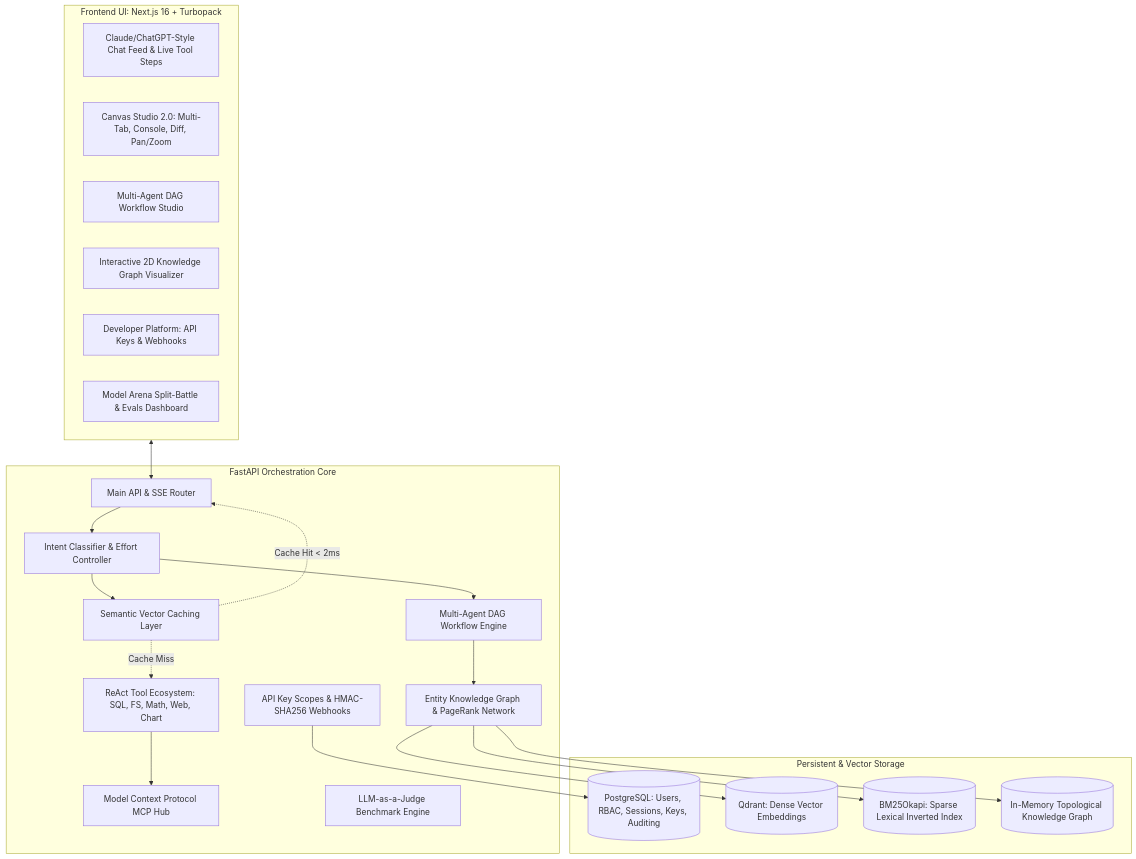
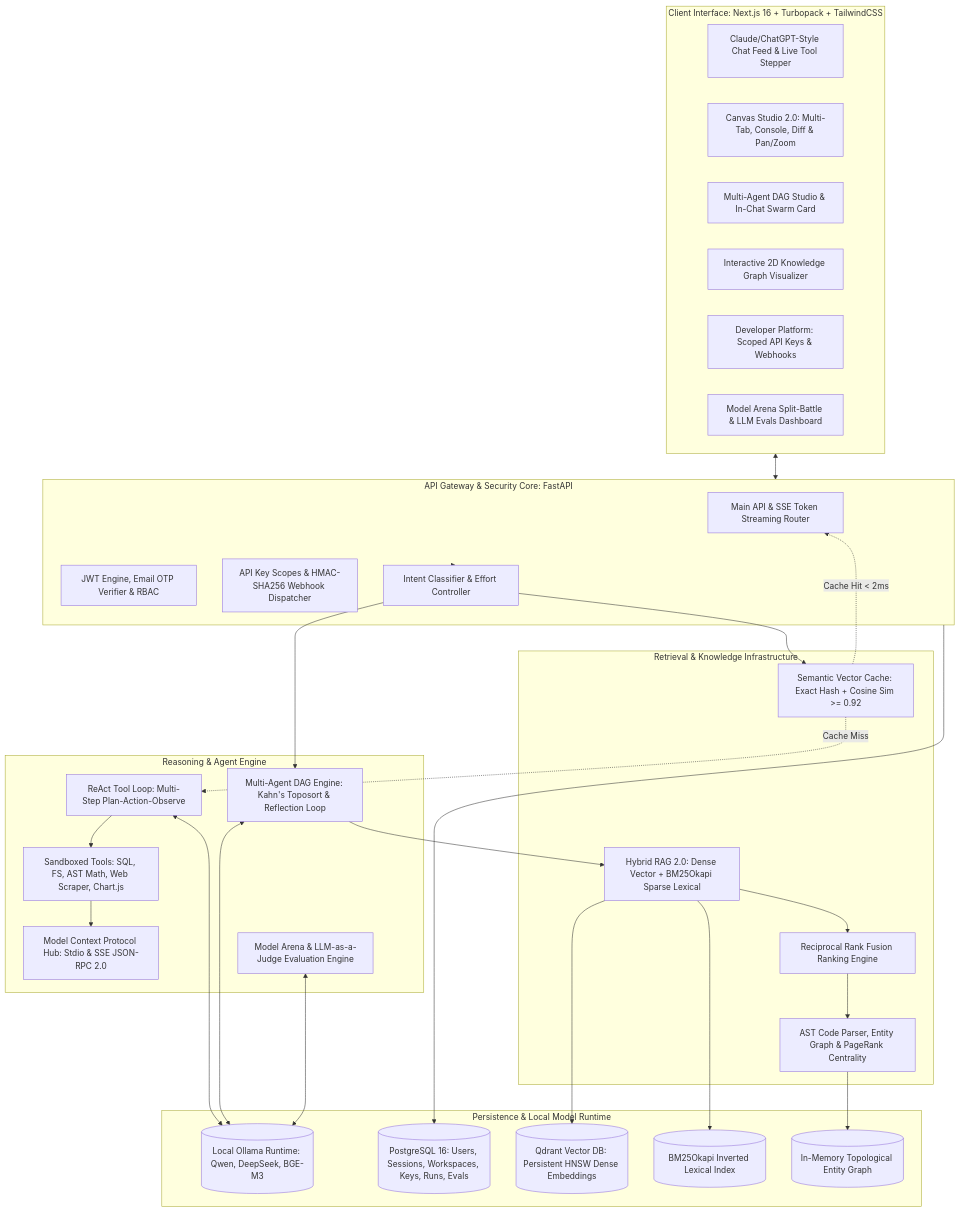
One commit to Bhagya-178/ai-orchestrator changed the diagram in README.md. Above: the diagram before and after it, drawn with Mermaid. The commit also changed other lines of this file and 1 other file, not shown here.

````diff
--- a/README.md
+++ b/README.md
@@ -29,43 +54,60 @@
 ```mermaid
 graph TB
-    subgraph Client [Frontend UI: Next.js 16 + Turbopack]
-        Chat[Claude/ChatGPT-Style Chat Feed & Live Tool Steps]
-        Canvas[Canvas Studio 2.0: Multi-Tab, Console, Diff, Pan/Zoom]
-        AgentStudio[Multi-Agent DAG Workflow Studio]
-        GraphExplorer[Interactive 2D Knowledge Graph Visualizer]
-        DevPortal[Developer Platform: API Keys & Webhooks]
-        ArenaUI[Model Arena Split-Battle & Evals Dashboard]
+    subgraph ClientLayer [Client Interface: Next.js 16 + Turbopack + TailwindCSS]
+        ChatUI[Claude/ChatGPT-Style Chat Feed & Live Tool Stepper]
+        CanvasStudio[Canvas Studio 2.0: Multi-Tab, Console, Diff & Pan/Zoom]
+        AgentStudio[Multi-Agent DAG Studio & In-Chat Swarm Card]
+        GraphVisualizer[Interactive 2D Knowledge Graph Visualizer]
+        DevPortal[Developer Platform: Scoped API Keys & Webhooks]
+        ArenaUI[Model Arena Split-Battle & LLM Evals Dashboard]
     end
 
-    subgraph BackendCore [FastAPI Orchestration Core]
-        Router[Main API & SSE Router]
+    subgraph GatewayLayer [API Gateway & Security Core: FastAPI]
+        Router[Main API & SSE Token Streaming Router]
+        AuthEngine[JWT Engine, Email OTP Verifier & RBAC]
+        DevAuth[API Key Scopes & HMAC-SHA256 Webhook Dispatcher]
         Classifier[Intent Classifier & Effort Controller]
-        AgentDAG[Multi-Agent DAG Workflow Engine]
-        GraphRAG[Entity Knowledge Graph & PageRank Network]
-        SemanticCache[Semantic Vector Caching Layer]
-        ToolRegistry[ReAct Tool Ecosystem: SQL, FS, Math, Web, Chart]
-        MCPClient[Model Context Protocol MCP Hub]
-        DevAuth[API Key Scopes & HMAC-SHA256 Webhooks]
-        EvalsEngine[LLM-as-a-Judge Benchmark Engine]
     end
 
-    subgraph StorageLayer [Persistent & Vector Storage]
-        PostgreSQL[(PostgreSQL: Users, RBAC, Sessions, Keys, Auditing)]
-        Qdrant[(Qdrant: Dense Vector Embeddings)]
-        SparseBM25[(BM25Okapi: Sparse Lexical Inverted Index)]
-        KGStore[(In-Memory Topological Knowledge Graph)]
+    subgraph ExecutionLayer [Reasoning & Agent Engine]
+        AgentDAG[Multi-Agent DAG Engine: Kahn's Toposort & Reflection Loop]
+        ReActLoop[ReAct Tool Loop: Multi-Step Plan-Action-Observe]
+        ToolEcosystem[Sandboxed Tools: SQL, FS, AST Math, Web Scraper, Chart.js]
+        MCPHub[Model Context Protocol Hub: Stdio & SSE JSON-RPC 2.0]
+        ArenaEngine[Model Arena & LLM-as-a-Judge Evaluation Engine]
     end
 
-    Client <--> Router
-    Router --> Classifier
-    Classifier --> AgentDAG
+    subgraph IntelligenceLayer [Retrieval & Knowledge Infrastructure]
+        SemanticCache[Semantic Vector Cache: Exact Hash + Cosine Sim >= 0.92]
+        HybridRAG[Hybrid RAG 2.0: Dense Vector + BM25Okapi Sparse Lexical]
+        RRF[Reciprocal Rank Fusion Ranking Engine]
+        CodeGraph[AST Code Parser, Entity Graph & PageRank Centrality]
+    end
+
+    subgraph StorageLayer [Persistence & Local Model Runtime]
+        OllamaLocal[(Local Ollama Runtime: Qwen, DeepSeek, BGE-M3)]
+        PostgreSQL[(PostgreSQL 16: Users, Sessions, Workspaces, Keys, Runs, Evals)]
+        QdrantDB[(Qdrant Vector DB: Persistent HNSW Dense Embeddings)]
+        SparseIndex[(BM25Okapi Inverted Lexical Index)]
+        InMemoryGraph[(In-Memory Topological Entity Graph)]
+    end
+
+    ClientLayer <--> GatewayLayer
+    GatewayLayer --> Classifier
     Classifier --> SemanticCache
     SemanticCache -.->|Cache Hit < 2ms| Router
-    SemanticCache -.->|Cache Miss| ToolRegistry
-    ToolRegistry --> MCPClient
-    AgentDAG --> GraphRAG
-    GraphRAG --> KGStore
-    GraphRAG --> SparseBM25
-    GraphRAG --> Qdrant
-    DevAuth --> PostgreSQL
+    SemanticCache -.->|Cache Miss| ReActLoop
+    Classifier --> AgentDAG
+    ReActLoop --> ToolEcosystem
+    ToolEcosystem --> MCPHub
+    ReActLoop <--> OllamaLocal
+    AgentDAG <--> OllamaLocal
+    AgentDAG --> HybridRAG
+    HybridRAG --> QdrantDB
+    HybridRAG --> SparseIndex
+    HybridRAG --> RRF
+    RRF --> CodeGraph
+    CodeGraph --> InMemoryGraph
+    GatewayLayer --> PostgreSQL
+    ArenaEngine <--> OllamaLocal
 ```
````
